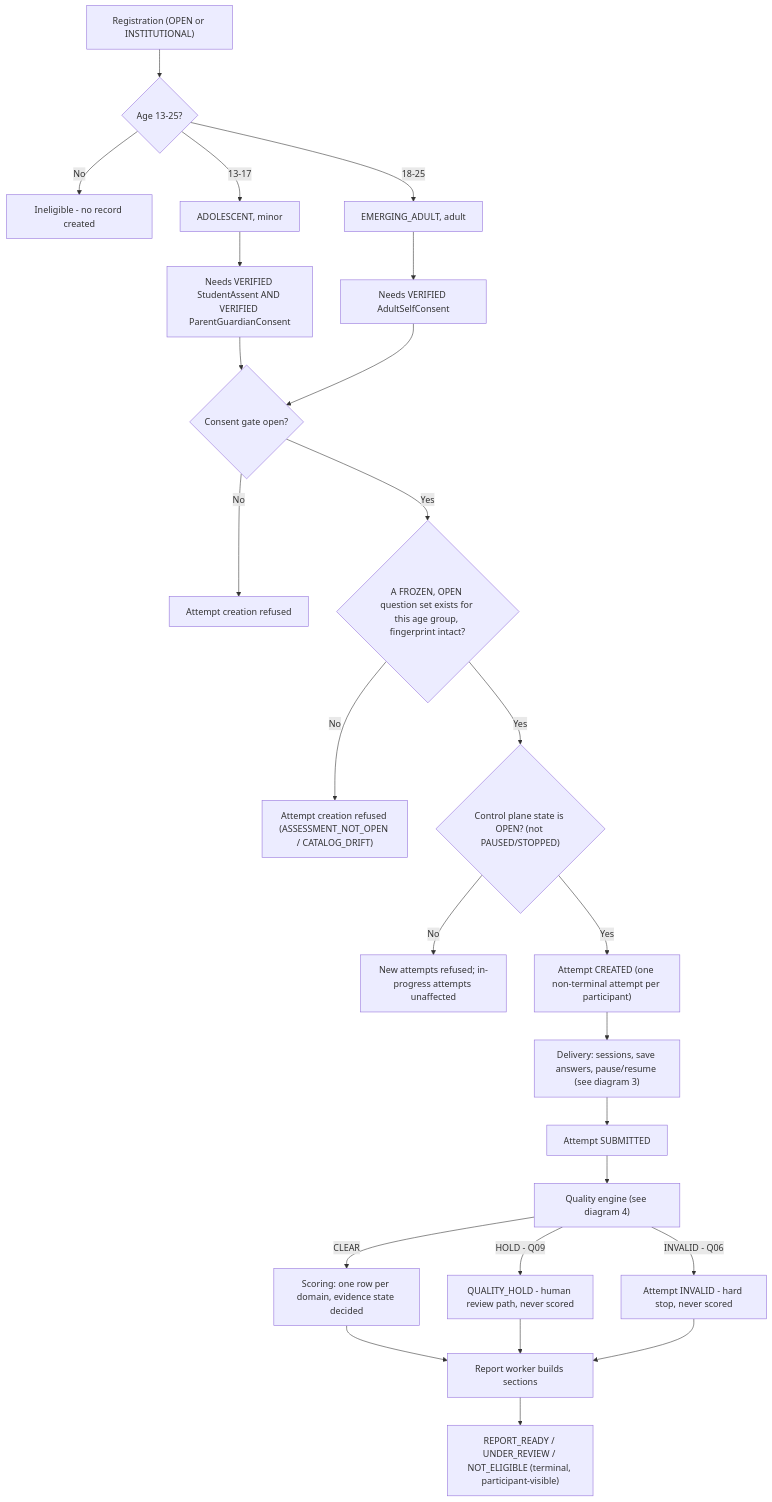
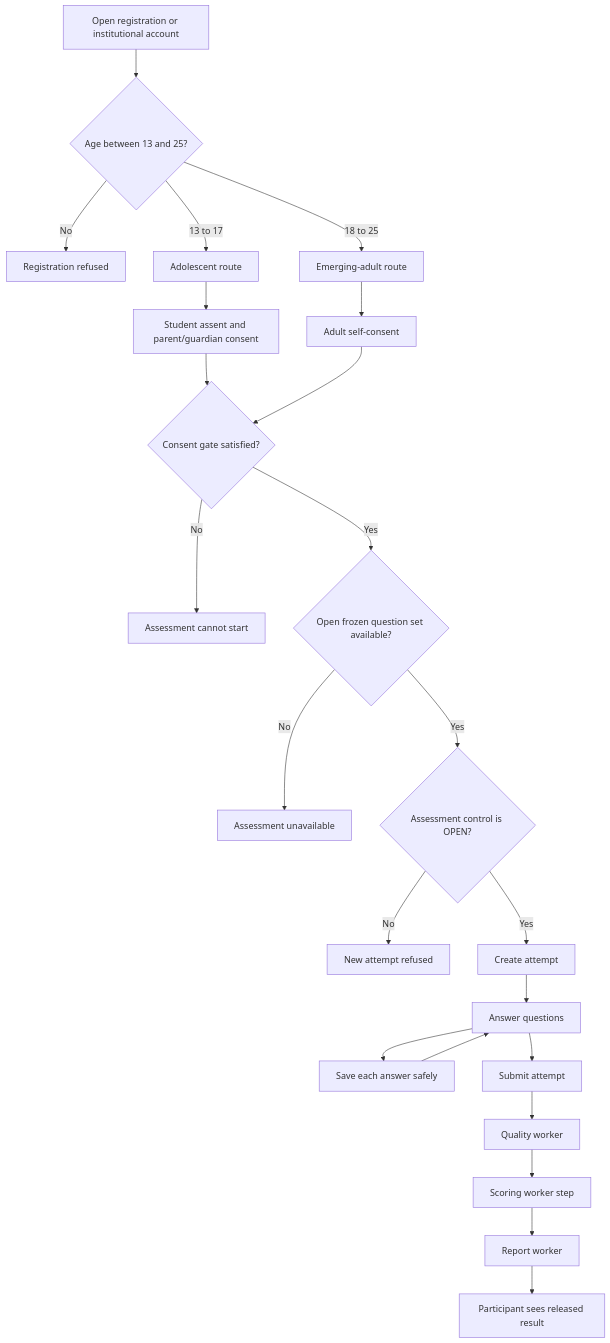
The sixth of 21 diagrams in FLOWCHART.md (Rohan2519Y/Santulan), drawn with Mermaid before and after one commit. The commit also changed other lines of this file and 32 other files, not shown here.

Commit message:
Completed the final work with testing and added flowchart

````diff
--- a/FLOWCHART.md
+++ b/FLOWCHART.md
@@ -10,31 +234,29 @@
 ```mermaid
 flowchart TD
-    R["Registration (OPEN or INSTITUTIONAL)"] --> AGE{Age 13-25?}
-    AGE -->|No| INELIGIBLE["Ineligible - no record created"]
-    AGE -->|"13-17"| MINOR["ADOLESCENT, minor"]
-    AGE -->|"18-25"| ADULT["EMERGING_ADULT, adult"]
+    START[Open registration or institutional account] --> AGE{Age between 13 and 25?}
+    AGE -->|No| NOACCOUNT[Registration refused]
+    AGE -->|13 to 17| MINOR[Adolescent route]
+    AGE -->|18 to 25| ADULT[Emerging-adult route]
 
-    MINOR --> CONSENT_MINOR["Needs VERIFIED StudentAssent AND VERIFIED ParentGuardianConsent"]
-    ADULT --> CONSENT_ADULT["Needs VERIFIED AdultSelfConsent"]
-    CONSENT_MINOR --> GATE{Consent gate open?}
-    CONSENT_ADULT --> GATE
+    MINOR --> MCONSENT[Student assent and parent/guardian consent]
+    ADULT --> ACONSENT[Adult self-consent]
+    MCONSENT --> GATE{Consent gate satisfied?}
+    ACONSENT --> GATE
 
-    GATE -->|No| WAIT["Attempt creation refused"]
-    GATE -->|Yes| SETCHECK{"A FROZEN, OPEN question set exists for this age group, fingerprint intact?"}
-    SETCHECK -->|No| WAIT2["Attempt creation refused (ASSESSMENT_NOT_OPEN / CATALOG_DRIFT)"]
-    SETCHECK -->|Yes| CONTROL{"Control plane state is OPEN? (not PAUSED/STOPPED)"}
-    CONTROL -->|No| WAIT3["New attempts refused; in-progress attempts unaffected"]
-    CONTROL -->|Yes| CREATE["Attempt CREATED (one non-terminal attempt per participant)"]
+    GATE -->|No| WAIT[Assessment cannot start]
+    GATE -->|Yes| AVAILABLE{Open frozen question set available?}
+    AVAILABLE -->|No| CLOSED[Assessment unavailable]
+    AVAILABLE -->|Yes| CONTROL{Assessment control is OPEN?}
+    CONTROL -->|No| PAUSED[New attempt refused]
+    CONTROL -->|Yes| ATTEMPT[Create attempt]
 
-    CREATE --> DELIVER["Delivery: sessions, save answers, pause/resume (see diagram 3)"]
-    DELIVER --> SUBMIT["Attempt SUBMITTED"]
-    SUBMIT --> QUALITY["Quality engine (see diagram 4)"]
-    QUALITY -->|CLEAR| SCORE["Scoring: one row per domain, evidence state decided"]
-    QUALITY -->|HOLD - Q09| HOLDR["QUALITY_HOLD - human review path, never scored"]
-    QUALITY -->|INVALID - Q06| INVALIDR["Attempt INVALID - hard stop, never scored"]
+    ATTEMPT --> ANSWER[Answer questions]
+    ANSWER --> SAVE[Save each answer safely]
+    SAVE --> ANSWER
+    ANSWER --> SUBMIT[Submit attempt]
 
-    SCORE --> REPORT["Report worker builds sections"]
-    HOLDR --> REPORT
-    INVALIDR --> REPORT
-    REPORT --> READY["REPORT_READY / UNDER_REVIEW / NOT_ELIGIBLE (terminal, participant-visible)"]
+    SUBMIT --> QUALITY[Quality worker]
+    QUALITY --> SCORE[Scoring worker step]
+    SCORE --> REPORT[Report worker]
+    REPORT --> RESULT[Participant sees released result]
 ```
````
